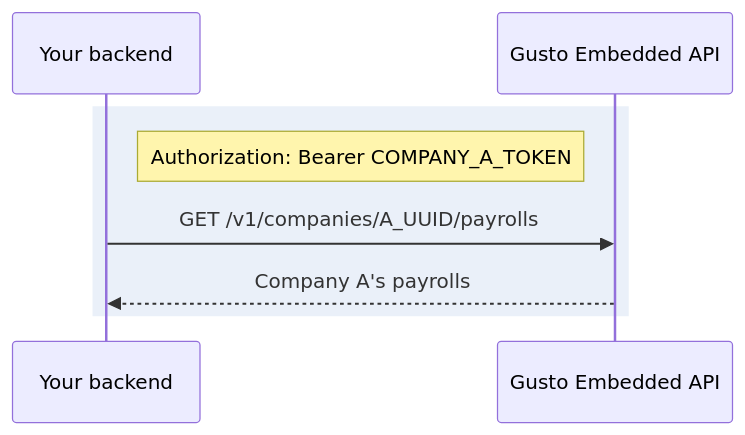
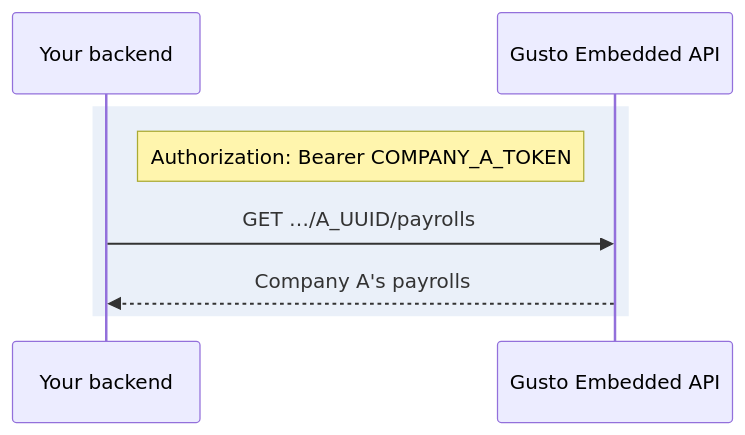
The third of 4 diagrams in docs/getting-started/authentication.md (Gusto/embedded-react-sdk), drawn with Mermaid before and after one commit. The commit also changed other lines of this file and 2 other files, not shown here.

Commit message:
docs: improve authentication and API access readability

````diff
--- a/docs/getting-started/authentication.md
+++ b/docs/getting-started/authentication.md
@@ -69,11 +69,11 @@
 ```mermaid
 sequenceDiagram
     participant Backend as Your backend
     participant API as Gusto Embedded API
 
     rect rgba(80, 130, 200, 0.12)
         Note right of Backend: Authorization: Bearer COMPANY_A_TOKEN
-        Backend->>API: GET /v1/companies/A_UUID/payrolls
+        Backend->>API: GET …/A_UUID/payrolls
         API-->>Backend: Company A's payrolls
     end
 ```
````
